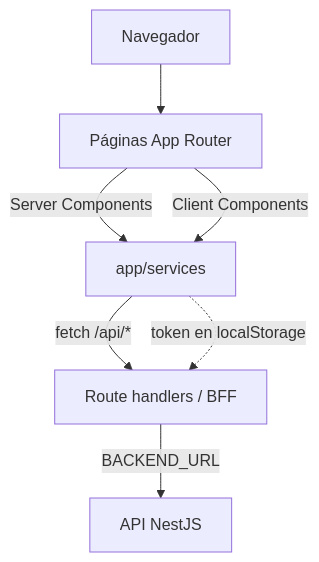
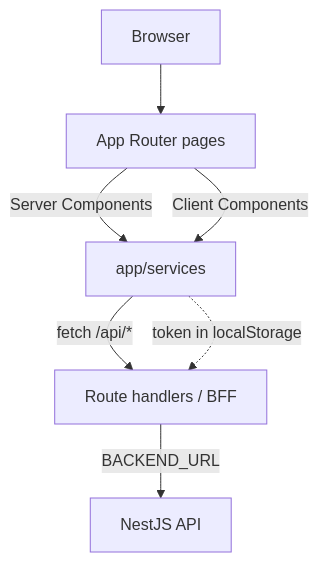
Before and after one commit to Alejo234x/CapstoneHUB-v2: the diagram in docs/frontend_arch.md, drawn with Mermaid. The commit also changed other lines of this file and 1 other file, not shown here.

Commit message:
update backend/front architecture docs

````diff
--- a/docs/frontend_arch.md
+++ b/docs/frontend_arch.md
@@ -71,9 +71,9 @@
 ```mermaid
 flowchart TD
-    Browser[Navegador] --> Pages[Páginas App Router]
+    Browser[Browser] --> Pages[App Router pages]
     Pages -->|Server Components| Services[app/services]
     Pages -->|Client Components| Services
     Services -->|fetch /api/*| BFF[Route handlers / BFF]
-    BFF -->|BACKEND_URL| Backend[API NestJS]
-    Services -. token en localStorage .-> BFF
+    BFF -->|BACKEND_URL| Backend[NestJS API]
+    Services -. token in localStorage .-> BFF
 ```
````
